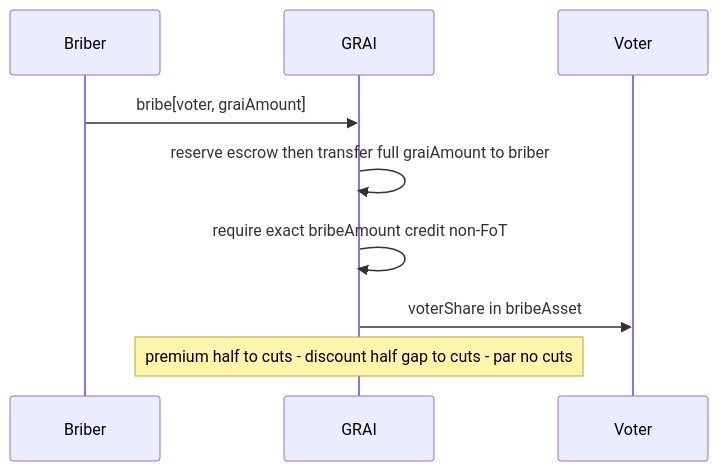
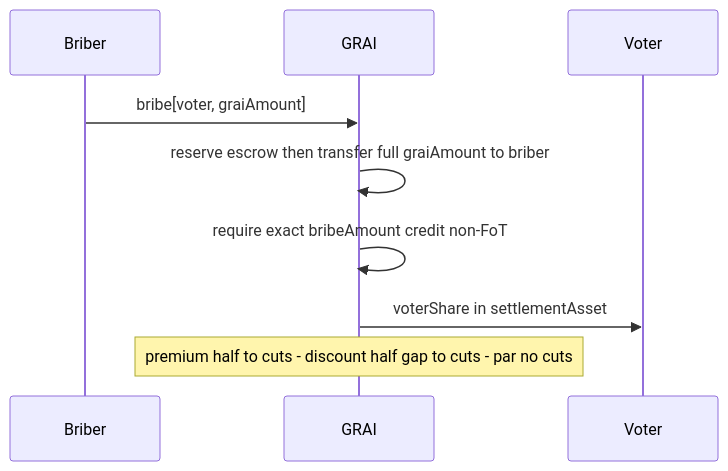
The fifth of 7 diagrams in docs/GRAI.md (grindurus/grindurus-evm), drawn with Mermaid before and after one commit. The commit also changed other lines of this file, not shown here.

````diff
--- a/docs/GRAI.md
+++ b/docs/GRAI.md
@@ -342,12 +328,12 @@
 ```mermaid
 sequenceDiagram
     participant B as Briber
     participant G as GRAI
     participant V as Voter
 
     B->>G: bribe[voter, graiAmount]
     G->>G: reserve escrow then transfer full graiAmount to briber
     G->>G: require exact bribeAmount credit non-FoT
-    G->>V: voterShare in bribeAsset
+    G->>V: voterShare in settlementAsset
     Note over G: premium half to cuts - discount half gap to cuts - par no cuts
 ```
````
